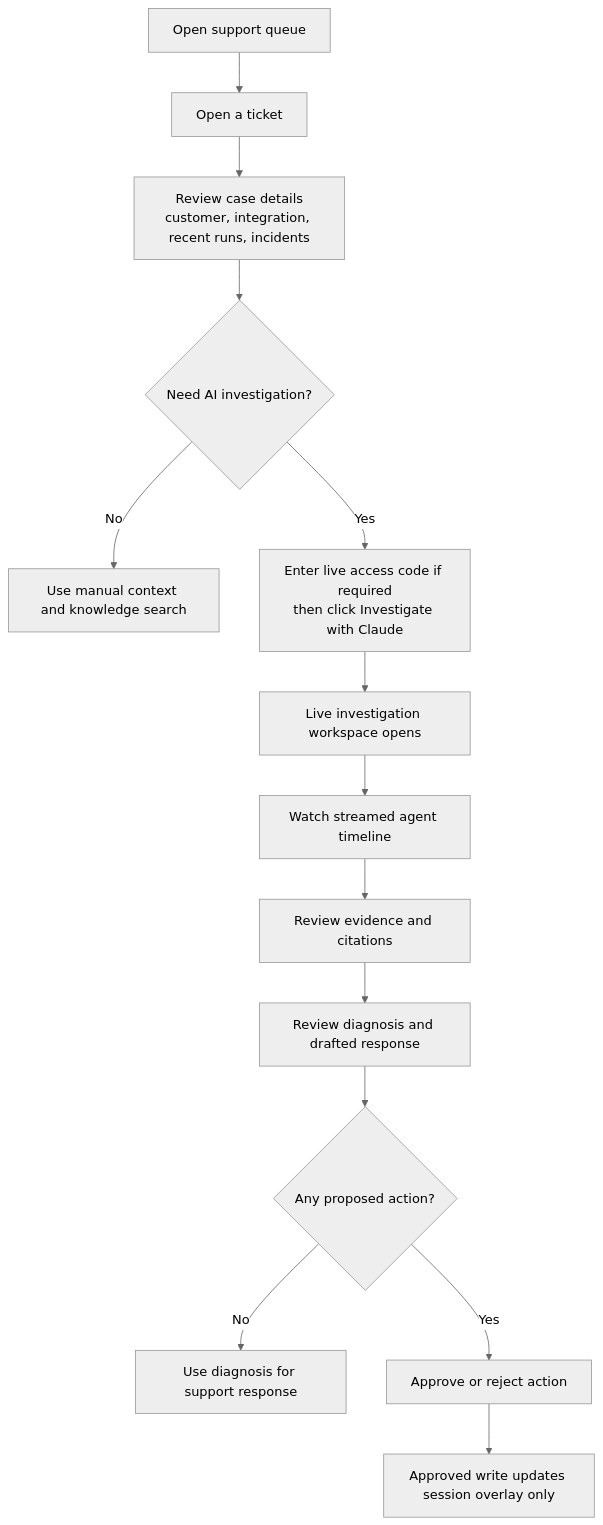
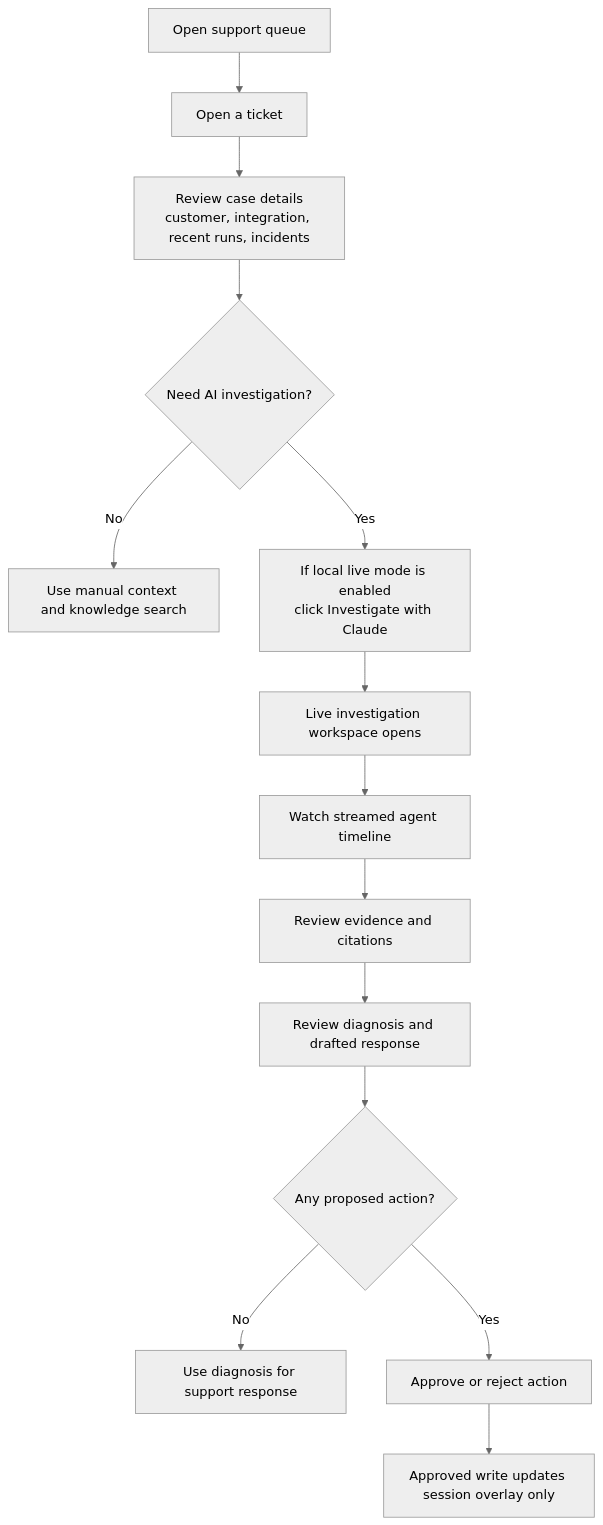
Before and after one commit to TahaRasheed740/agentic-mcp-support-ops-console: the fourth of 10 diagrams in docs/project-flowcharts.md, drawn with Mermaid (neutral theme). The commit also changed other lines of this file and 18 other files, not shown here.

````diff
--- a/docs/project-flowcharts.md
+++ b/docs/project-flowcharts.md
@@ -120,16 +120,16 @@
 ```mermaid
 flowchart TD
     A["Open support queue"] --> B["Open a ticket"]
     B --> C["Review case details<br/>customer, integration, recent runs, incidents"]
     C --> D{"Need AI investigation?"}
     D -- No --> E["Use manual context and knowledge search"]
-    D -- Yes --> F["Enter live access code if required<br/>then click Investigate with Claude"]
+    D -- Yes --> F["If local live mode is enabled<br/>click Investigate with Claude"]
     F --> G["Live investigation workspace opens"]
     G --> H["Watch streamed agent timeline"]
     H --> I["Review evidence and citations"]
     I --> J["Review diagnosis and drafted response"]
     J --> K{"Any proposed action?"}
     K -- No --> L["Use diagnosis for support response"]
     K -- Yes --> M["Approve or reject action"]
     M --> N["Approved write updates session overlay only"]
 ```
````
